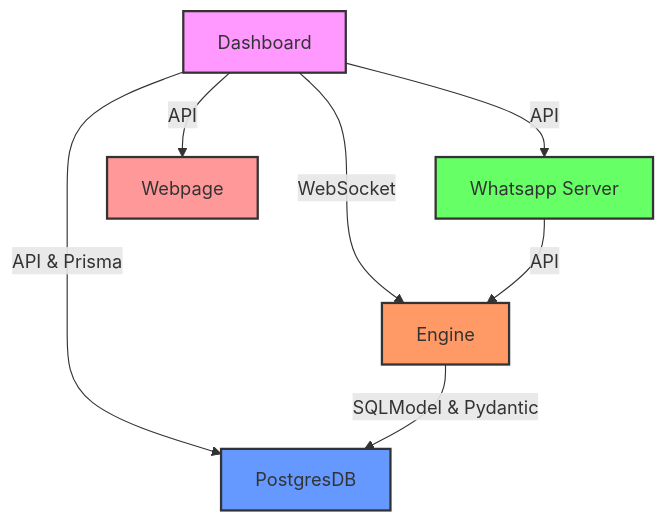
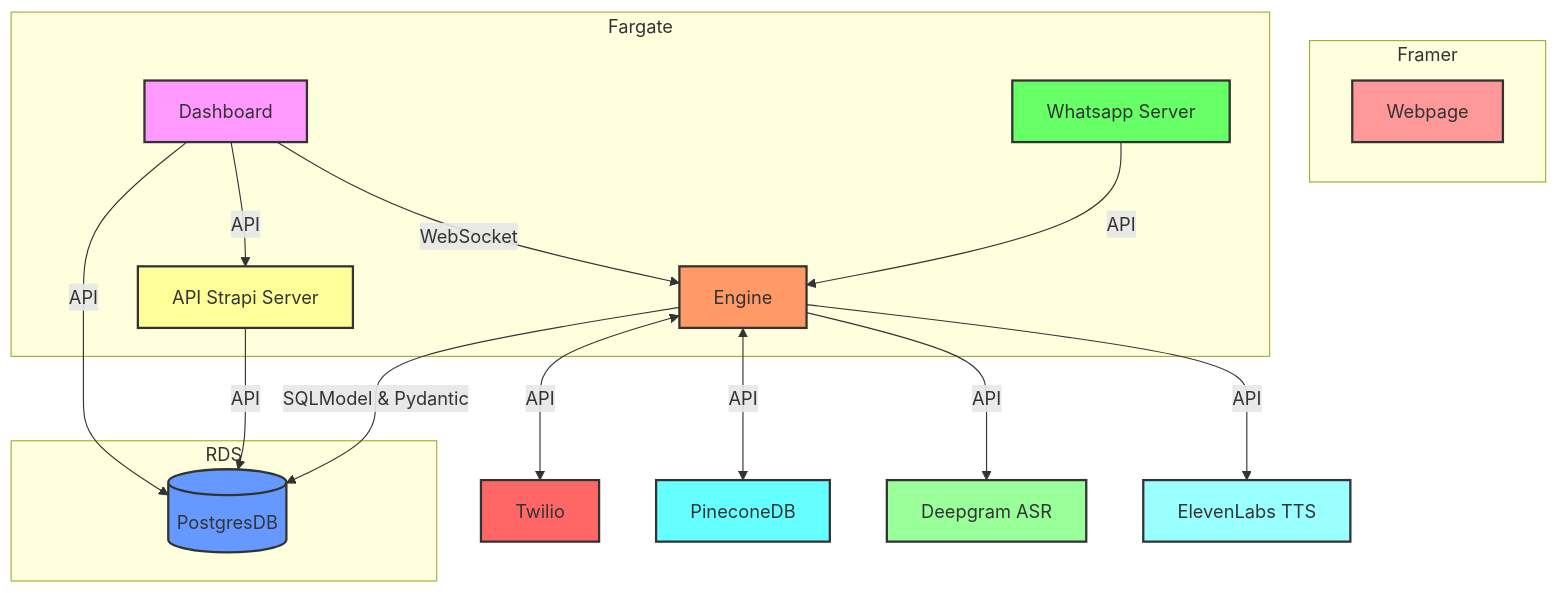
One commit to fenix-black/.github changed the diagram in profile/README.md. Above: the diagram before and after it, drawn with Mermaid.

Commit message:
- updated diagram

````diff
--- a/profile/README.md
+++ b/profile/README.md
@@ -39,17 +39,39 @@
 ```mermaid
 graph TD
-    Dashboard[Dashboard] -->|API & Prisma| PostgresDB
+    subgraph Framer
+        Webpage[Webpage]
+    end
+
+    subgraph Fargate
+        Dashboard[Dashboard]
+        API_Strapi_Server[API Strapi Server]
+        Engine[Engine]
+        WhatsappServer[Whatsapp Server]
+    end
+
+    subgraph RDS
+        PostgresDB[(PostgresDB)]
+    end
+
+    Dashboard -->|API| PostgresDB
+    Dashboard -->|API| API_Strapi_Server
     Dashboard -->|WebSocket| Engine
     Engine -->|SQLModel & Pydantic| PostgresDB
-    WhatsappServer[Whatsapp Server] -->|API| Engine
-    Dashboard -->|API| WhatsappServer
-    Dashboard -->|API| Webpage
-    Webpage[Webpage]
+    WhatsappServer -->|API| Engine
+    Engine <-->|API| Twilio
+    Engine <-->|API| PineconeDB
+    Engine -->|API| Deepgram[Deepgram ASR]
+    Engine -->|API| ElevenLabs[ElevenLabs TTS]
+    API_Strapi_Server -->|API| PostgresDB
 
     style Dashboard fill:#f9f,stroke:#333,stroke-width:2px;
     style Engine fill:#f96,stroke:#333,stroke-width:2px;
     style PostgresDB fill:#69f,stroke:#333,stroke-width:2px;
     style WhatsappServer fill:#6f6,stroke:#333,stroke-width:2px;
     style Webpage fill:#f99,stroke:#333,stroke-width:2px;
-
+    style API_Strapi_Server fill:#ff9,stroke:#333,stroke-width:2px;
+    style Twilio fill:#f66,stroke:#333,stroke-width:2px;
+    style PineconeDB fill:#6ff,stroke:#333,stroke-width:2px;
+    style Deepgram fill:#9f9,stroke:#333,stroke-width:2px;
+    style ElevenLabs fill:#9ff,stroke:#333,stroke-width:2px;
 ```
````
